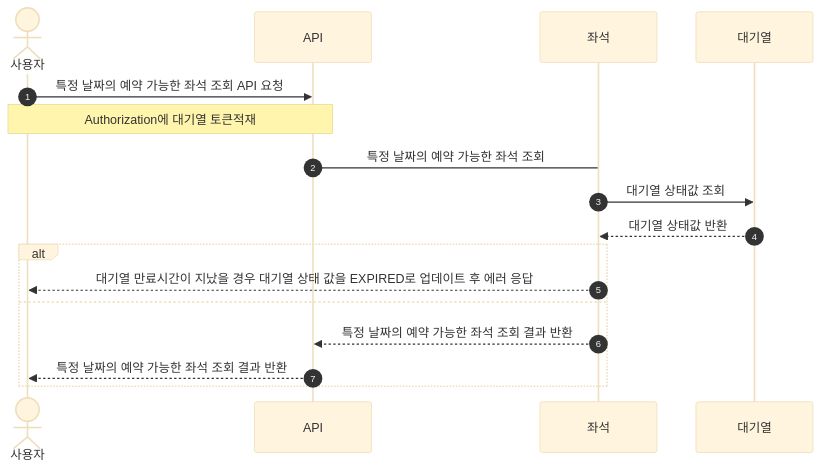
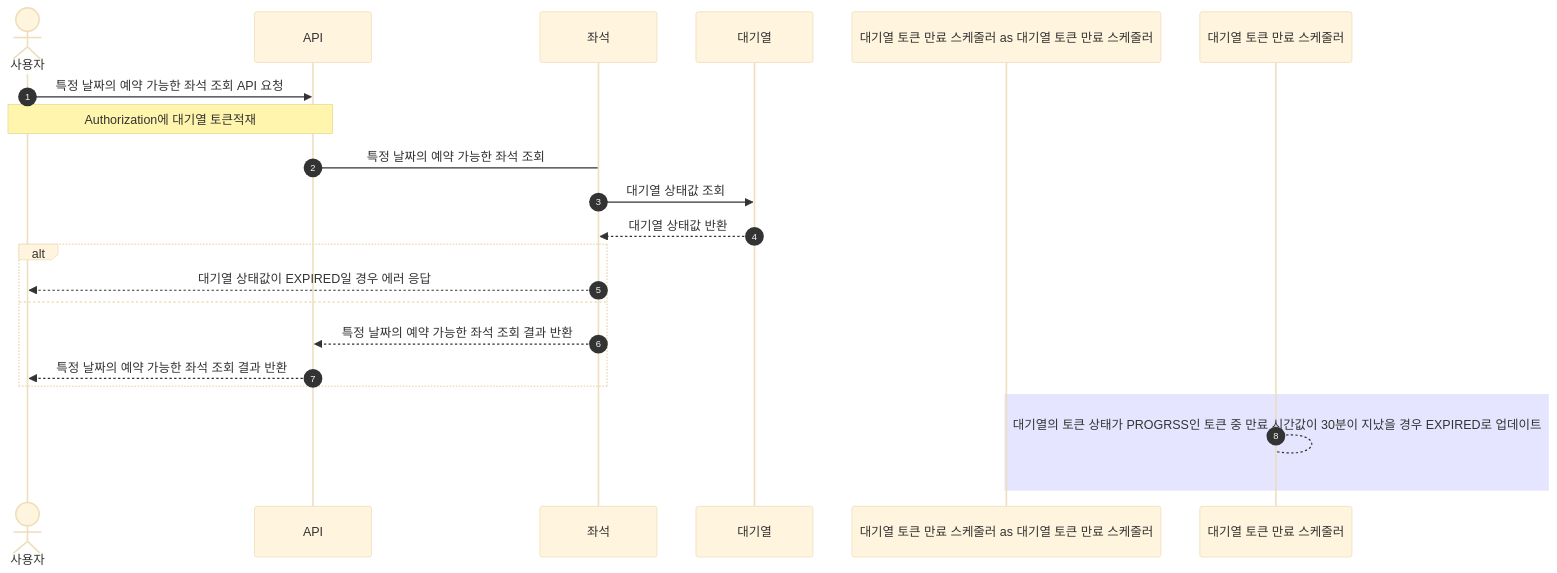
Before and after one commit to jikimee64/hhplus-concert: the third of 7 diagrams in docs/sequence.md, drawn with Mermaid (base theme). The commit also changed other lines of this file and 84 other files, not shown here.

````diff
--- a/docs/sequence.md
+++ b/docs/sequence.md
@@ -59,19 +66,24 @@
 ```mermaid
 sequenceDiagram
     autonumber
     actor 사용자 as 사용자
     participant API as API
     participant 좌석 as 좌석
     participant 대기열 as 대기열
+    participant 대기열 토큰 만료 스케줄러 as 대기열 토큰 만료 스케줄러
     사용자 ->> API: 특정 날짜의 예약 가능한 좌석 조회 API 요청
     Note over 사용자, API: Authorization에 대기열 토큰적재
     API -> 좌석: 특정 날짜의 예약 가능한 좌석 조회
     좌석 ->> 대기열: 대기열 상태값 조회
     대기열 -->> 좌석: 대기열 상태값 반환
     alt
-        좌석 -->> 사용자: 대기열 만료시간이 지났을 경우 대기열 상태 값을 EXPIRED로 업데이트 후 에러 응답
+        좌석 -->> 사용자: 대기열 상태값이 EXPIRED일 경우 에러 응답
     else
         좌석 -->> API: 특정 날짜의 예약 가능한 좌석 조회 결과 반환
         API -->> 사용자: 특정 날짜의 예약 가능한 좌석 조회 결과 반환
     end
+    rect rgba(0, 0, 255, .1)
+        대기열 토큰 만료 스케줄러 --> 대기열 토큰 만료 스케줄러: 대기열의 토큰 상태가 PROGRSS인 토큰 중 만료 시간값이 30분이 지났을 경우 EXPIRED로 업데이트
+    end
+
 ```
````
